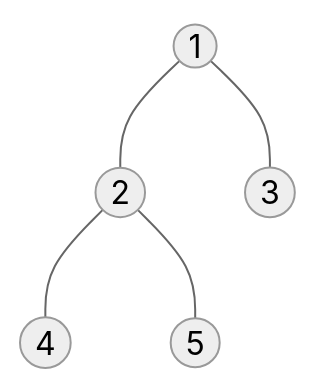
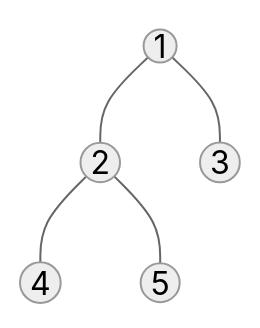
One commit to eskopp/erikskoppde changed the diagram in src/content/posts/de/induktionsbeweis.mdx. Above: the diagram before and after it, drawn with Mermaid (neutral theme).

Commit message:
Induktionsbeweis: Mermaid-Baum verkleinert

````diff
--- a/src/content/posts/de/induktionsbeweis.mdx
+++ b/src/content/posts/de/induktionsbeweis.mdx
@@ -142,7 +142,8 @@
 ```mermaid
+%%{init: {"flowchart": {"htmlLabels": false, "useMaxWidth": false, "padding": 10, "nodeSpacing": 40, "rankSpacing": 40}}}%%
 graph TD
     1((1)) --- 2((2))
     1 --- 3((3))
     2 --- 4((4))
     2 --- 5((5))
 ```
````
